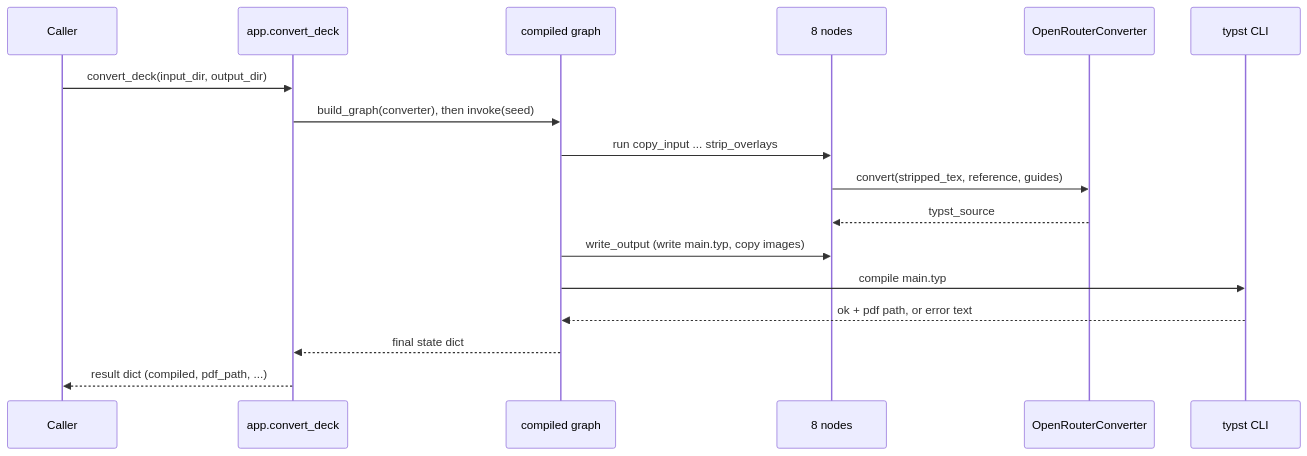
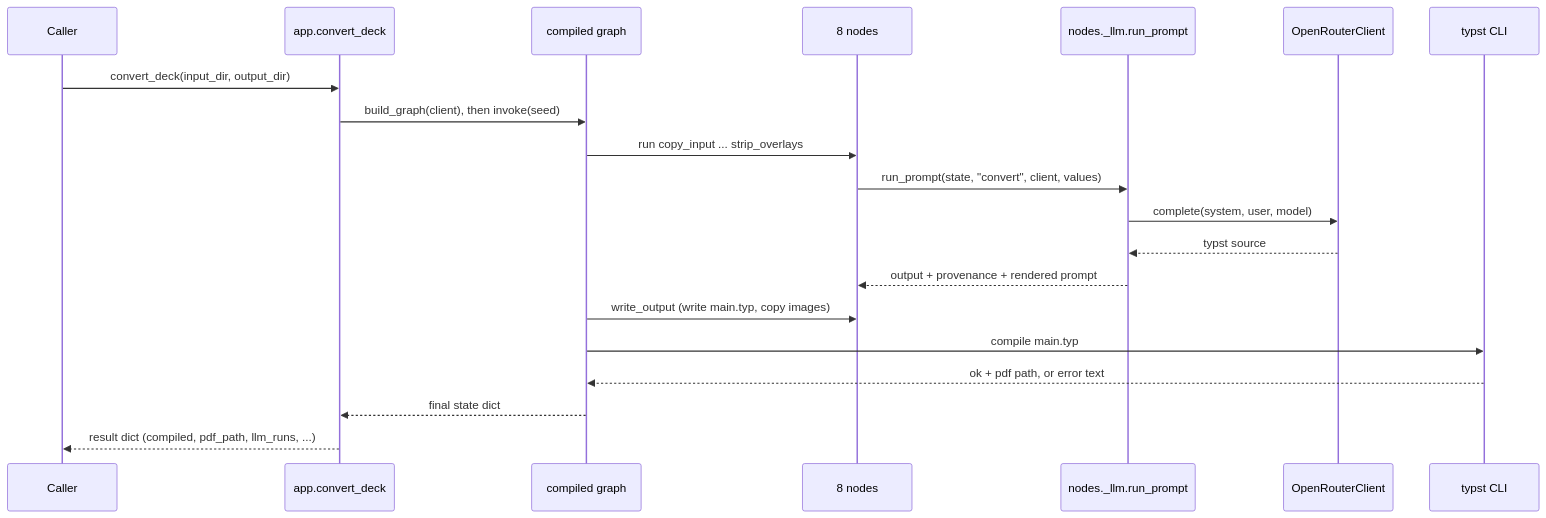
One commit to SushrutGaikwad/b2t changed the tenth of 11 diagrams in CODEBASE_GUIDE.md. Above: the diagram before and after it, drawn with Mermaid. The commit also changed other lines of this file, not shown here.

First line of the commit message:
docs: rewrite CODEBASE_GUIDE.md for the LLM seam, prompts, UI, and CI

````diff
--- a/CODEBASE_GUIDE.md
+++ b/CODEBASE_GUIDE.md
@@ -948,20 +1143,23 @@
 ```mermaid
 sequenceDiagram
     participant Caller
     participant app as app.convert_deck
     participant gr as compiled graph
     participant nodes as 8 nodes
-    participant llm as OpenRouterConverter
+    participant runner as nodes._llm.run_prompt
+    participant cli as OpenRouterClient
     participant typst as typst CLI
 
     Caller->>app: convert_deck(input_dir, output_dir)
-    app->>gr: build_graph(converter), then invoke(seed)
+    app->>gr: build_graph(client), then invoke(seed)
     gr->>nodes: run copy_input ... strip_overlays
-    nodes->>llm: convert(stripped_tex, reference, guides)
-    llm-->>nodes: typst_source
+    nodes->>runner: run_prompt(state, "convert", client, values)
+    runner->>cli: complete(system, user, model)
+    cli-->>runner: typst source
+    runner-->>nodes: output + provenance + rendered prompt
     gr->>nodes: write_output (write main.typ, copy images)
     gr->>typst: compile main.typ
     typst-->>gr: ok + pdf path, or error text
     gr-->>app: final state dict
-    app-->>Caller: result dict (compiled, pdf_path, ...)
+    app-->>Caller: result dict (compiled, pdf_path, llm_runs, ...)
 ```
````
